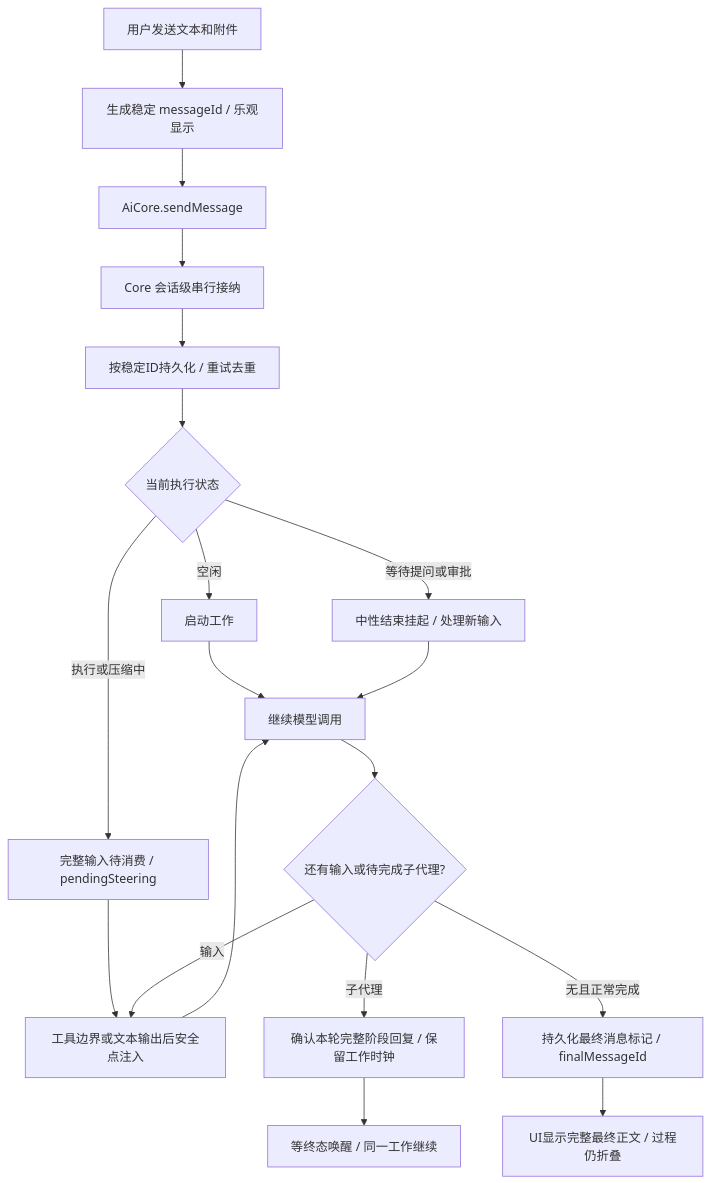
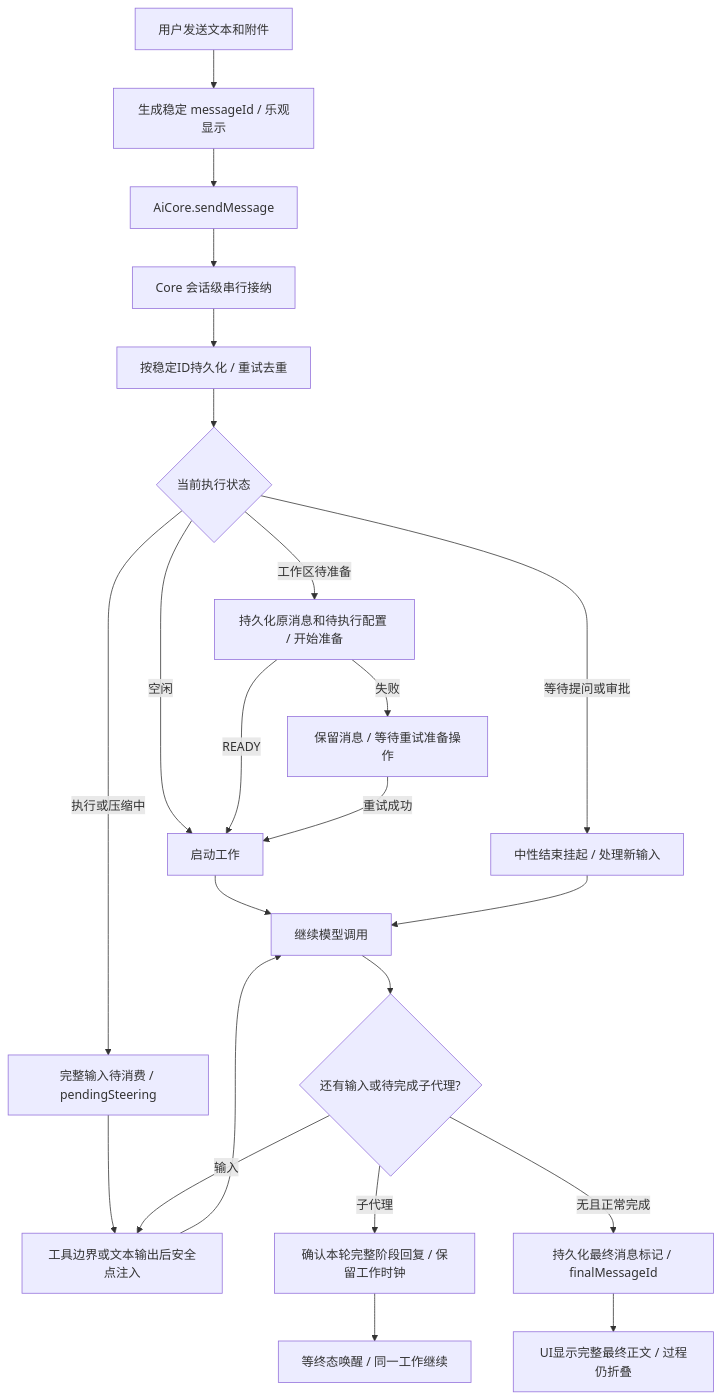
The seventh of 47 diagrams in docs/architecture/04-flows.md (lzdev42/mederi), drawn with Mermaid before and after one commit. The commit also changed other lines of this file and 391 other files, not shown here.

````diff
--- a/docs/architecture/04-flows.md
+++ b/docs/architecture/04-flows.md
@@ -160,21 +221,25 @@
 ```mermaid
 flowchart TD
     U[用户发送文本和附件] --> VM[生成稳定 messageId / 乐观显示]
     VM --> AC[AiCore.sendMessage]
     AC --> C[Core 会话级串行接纳]
     C --> D[按稳定ID持久化 / 重试去重]
     D --> STATE{当前执行状态}
     STATE -->|空闲| START[启动工作]
+    STATE -->|工作区待准备| PREP[持久化原消息和待执行配置 / 开始准备]
+    PREP -->|READY| START
+    PREP -->|失败| RETRY[保留消息 / 等待重试准备操作]
+    RETRY -->|重试成功| START
     STATE -->|执行或压缩中| PENDING[完整输入待消费 / pendingSteering]
     STATE -->|等待提问或审批| RESUME[中性结束挂起 / 处理新输入]
     PENDING --> SAFE[工具边界或文本输出后安全点注入]
     SAFE --> NEXT[继续模型调用]
     NEXT --> CHECK{还有输入或待完成子代理?}
     CHECK -->|输入| SAFE
     CHECK -->|子代理| STAGE[确认本轮完整阶段回复 / 保留工作时钟]
     STAGE --> WAIT[等终态唤醒 / 同一工作继续]
     CHECK -->|无且正常完成| FINAL[持久化最终消息标记 / finalMessageId]
     START --> NEXT
     RESUME --> NEXT
     FINAL --> UI[UI显示完整最终正文 / 过程仍折叠]
 ```
````
